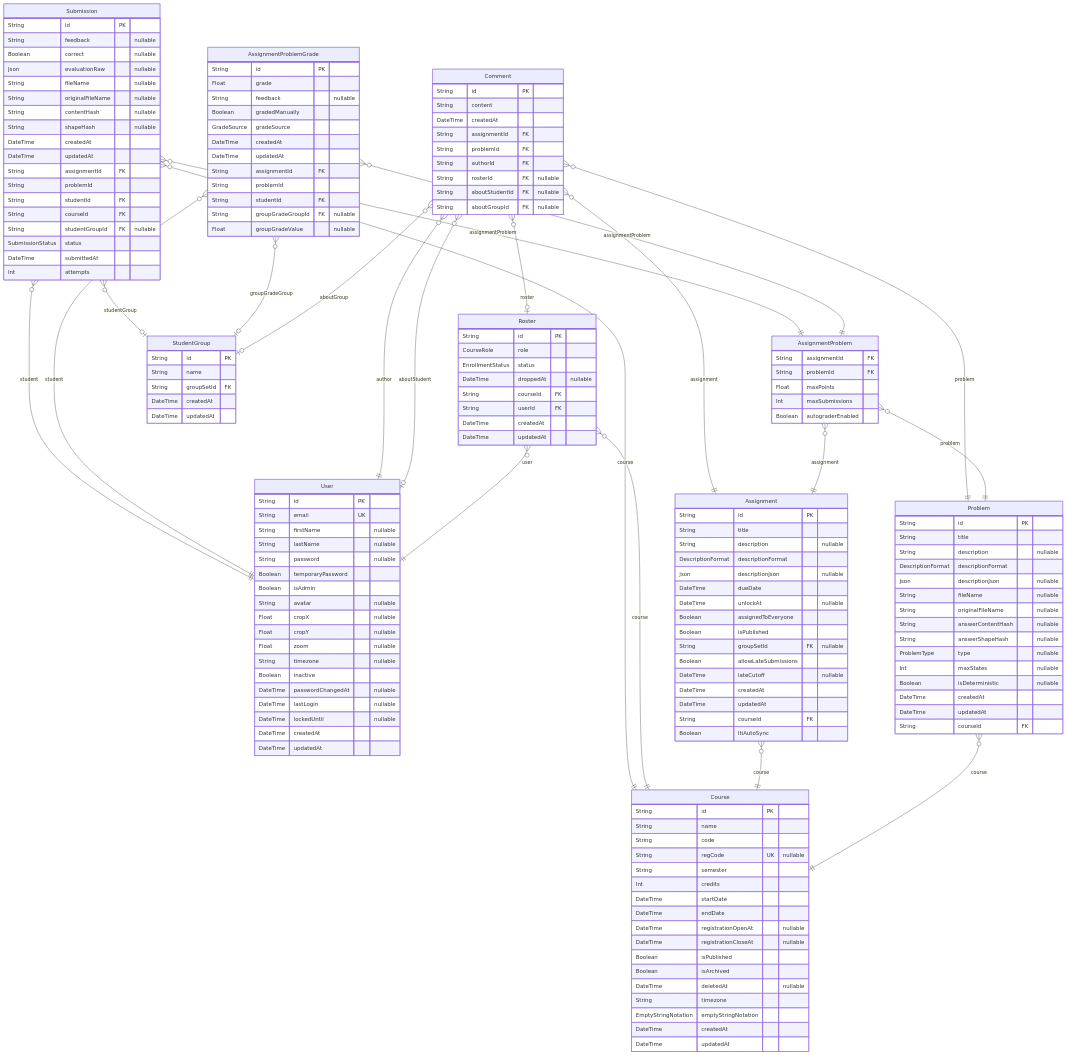
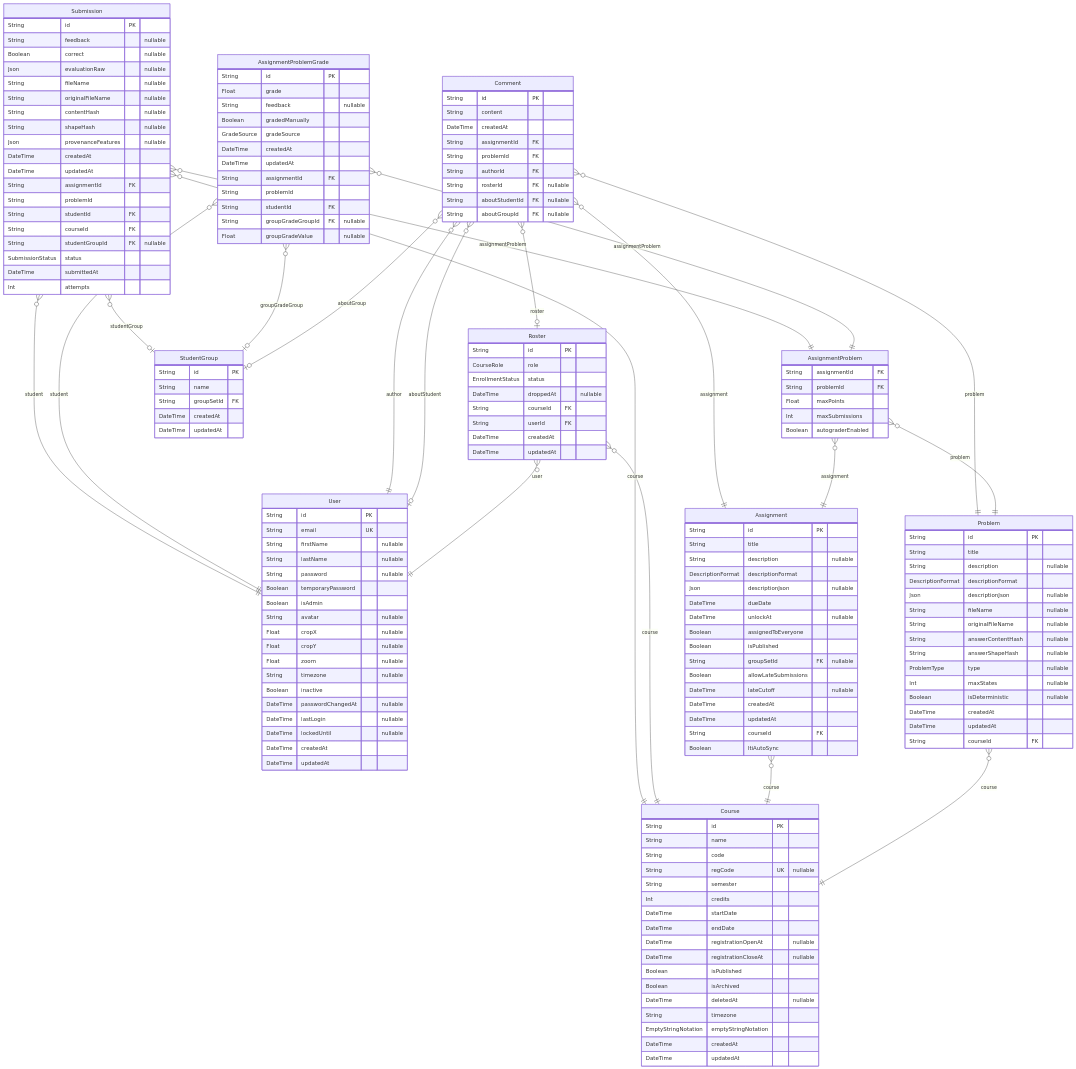
One commit to PennStateCS/AFCT changed the fourth of 5 diagrams in docs-site/docs/reference/database-schema.md. Above: the diagram before and after it, drawn with Mermaid. The commit also changed other lines of this file and 12 other files, not shown here.

```diff
--- a/docs-site/docs/reference/database-schema.md
+++ b/docs-site/docs/reference/database-schema.md
@@ -1045,6 +1045,7 @@
   String originalFileName "nullable"
   String contentHash "nullable"
   String shapeHash "nullable"
+  Json provenanceFeatures "nullable"
   DateTime createdAt
   DateTime updatedAt
   String assignmentId FK
```
